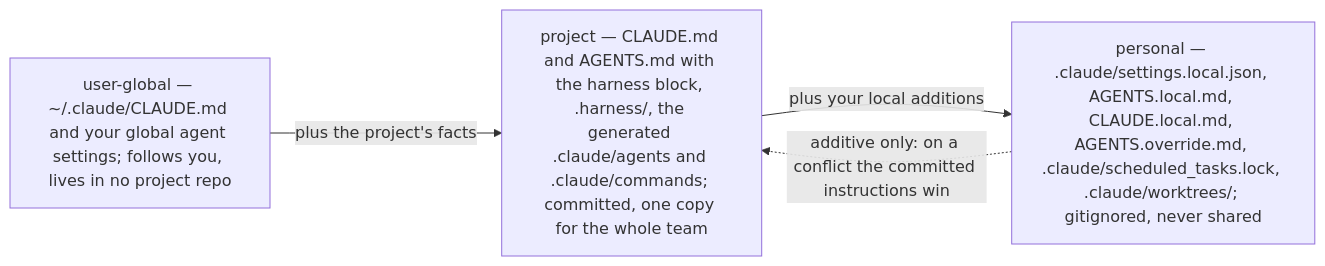
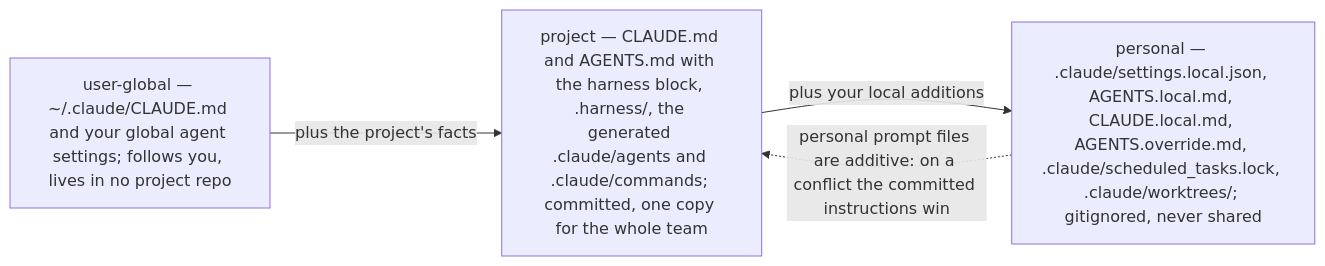
One commit to araozmd/harness-loop changed the diagram in docs/CONFIG-LAYERING.md. Above: the diagram before and after it, drawn with Mermaid. The commit also changed other lines of this file and 6 other files, not shown here.

````diff
--- a/docs/CONFIG-LAYERING.md
+++ b/docs/CONFIG-LAYERING.md
@@ -14,8 +14,8 @@
 ```mermaid
 flowchart LR
     user["user-global — ~/.claude/CLAUDE.md and your global agent settings; follows you, lives in no project repo"]
     project["project — CLAUDE.md and AGENTS.md with the harness block, .harness/, the generated .claude/agents and .claude/commands; committed, one copy for the whole team"]
     personal["personal — .claude/settings.local.json, AGENTS.local.md, CLAUDE.local.md, AGENTS.override.md, .claude/scheduled_tasks.lock, .claude/worktrees/; gitignored, never shared"]
     user -->|"plus the project's facts"| project -->|"plus your local additions"| personal
-    personal -. "additive only: on a conflict the committed instructions win" .-> project
+    personal -. "personal prompt files are additive: on a conflict the committed instructions win" .-> project
 ```
````
